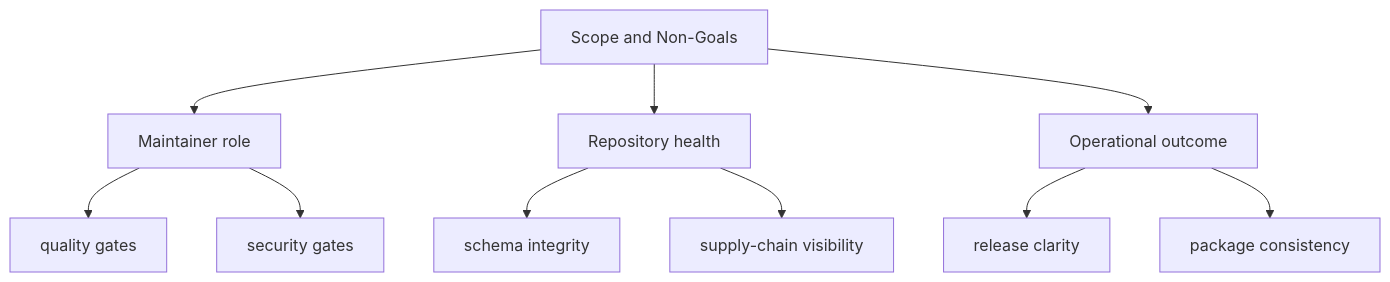
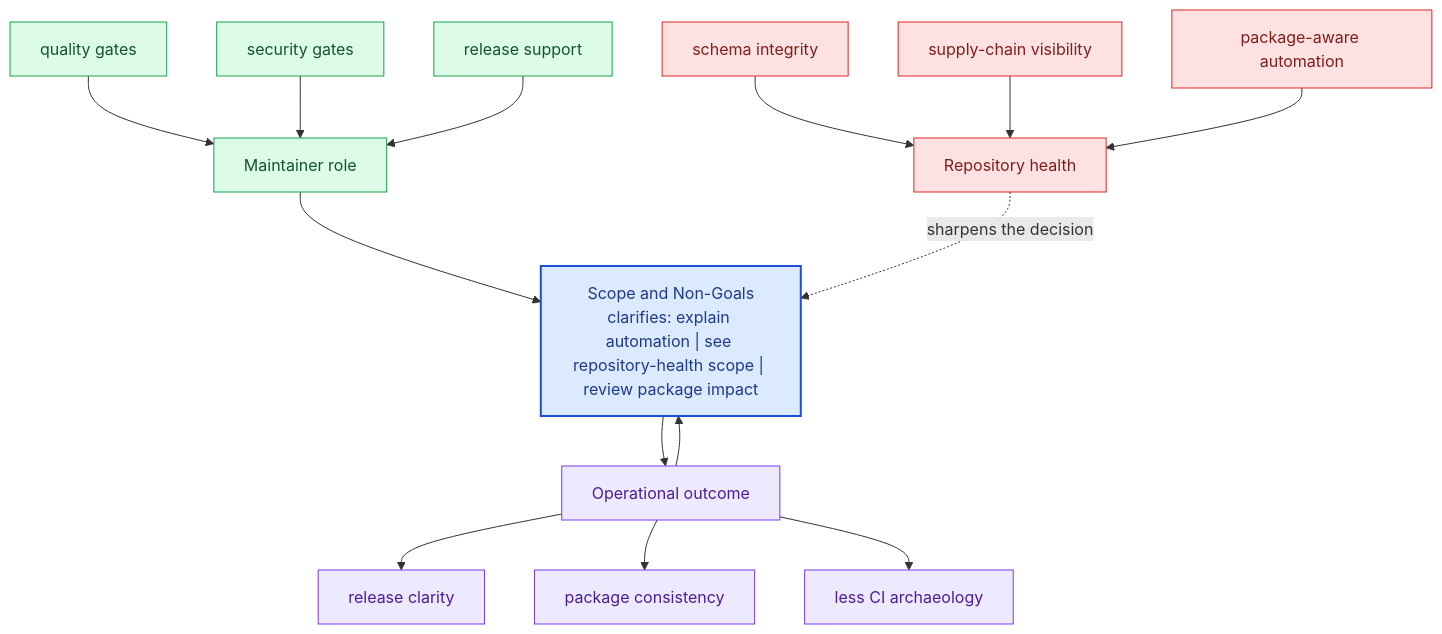
One commit to bijux/bijux-canon changed the second of 2 diagrams in docs/bijux-canon-dev/scope-and-non-goals.md. Above: the diagram before and after it, drawn with Mermaid. The commit also changed other lines of this file and 281 other files, not shown here.

Commit message:
docs(diagrams): deepen handbook mermaid maps across the catalog

````diff
--- a/docs/bijux-canon-dev/scope-and-non-goals.md
+++ b/docs/bijux-canon-dev/scope-and-non-goals.md
@@ -34,22 +67,40 @@
 ```mermaid
-flowchart TD
-    page["Scope and Non-Goals"]
+flowchart TB
+    promise["Scope and Non-Goals<br/>clarifies: explain automation | see repository-health scope | review package impact"]
+    classDef promise fill:#dbeafe,stroke:#1d4ed8,color:#1e3a8a,stroke-width:2px;
+    classDef driver fill:#dcfce7,stroke:#16a34a,color:#14532d;
+    classDef constraint fill:#fee2e2,stroke:#dc2626,color:#7f1d1d;
+    classDef ground fill:#ede9fe,stroke:#7c3aed,color:#4c1d95;
     focus1["Maintainer role"]
-    page --> focus1
+    focus1 --> promise
     focus1_1["quality gates"]
-    focus1 --> focus1_1
+    focus1_1 --> focus1
     focus1_2["security gates"]
-    focus1 --> focus1_2
+    focus1_2 --> focus1
+    focus1_3["release support"]
+    focus1_3 --> focus1
+    class focus1 driver;
+    class focus1_1,focus1_2,focus1_3 driver;
     focus2["Repository health"]
-    page --> focus2
+    focus2 -.sharpens the decision.-> promise
     focus2_1["schema integrity"]
-    focus2 --> focus2_1
+    focus2_1 --> focus2
     focus2_2["supply-chain visibility"]
-    focus2 --> focus2_2
+    focus2_2 --> focus2
+    focus2_3["package-aware automation"]
+    focus2_3 --> focus2
+    class focus2 constraint;
+    class focus2_1,focus2_2,focus2_3 constraint;
     focus3["Operational outcome"]
-    page --> focus3
+    focus3 --> promise
+    promise --> focus3
     focus3_1["release clarity"]
     focus3 --> focus3_1
     focus3_2["package consistency"]
     focus3 --> focus3_2
+    focus3_3["less CI archaeology"]
+    focus3 --> focus3_3
+    class focus3 ground;
+    class focus3_1,focus3_2,focus3_3 ground;
+    class promise promise;
 ```
````
